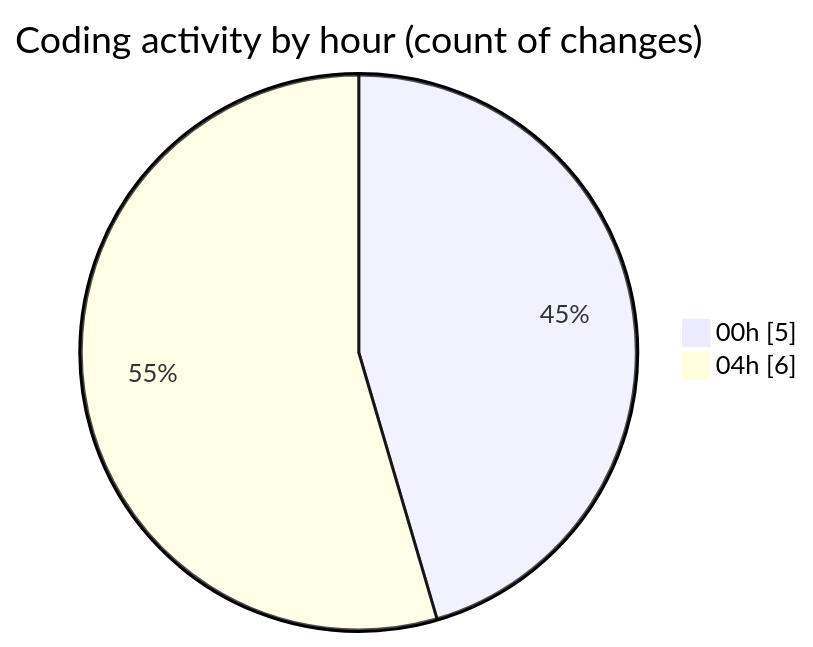
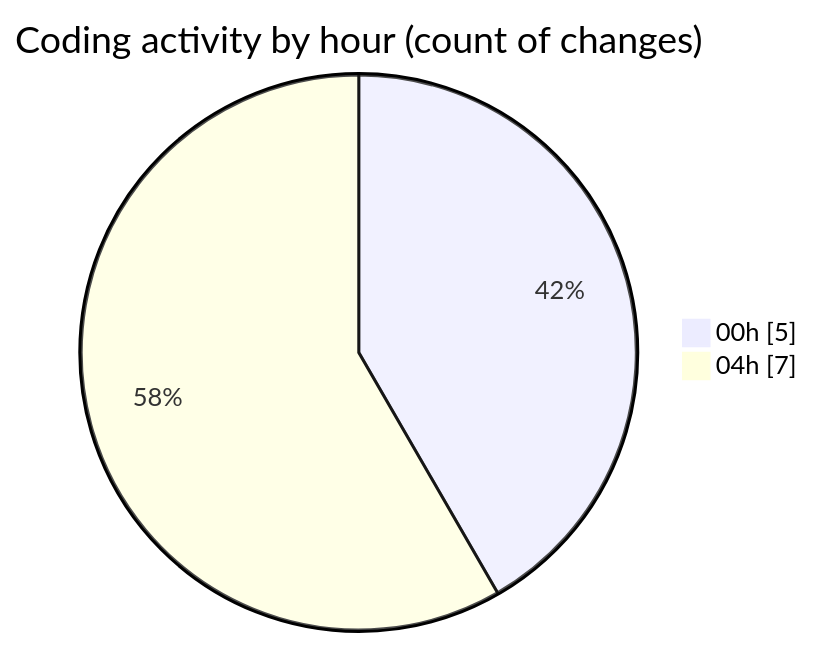
Before and after one commit to idhammustaqopulfikri/code-tracking: the second of 2 diagrams in 2025-03-28/autodidak/README.md, drawn with Mermaid. The commit also changed other lines of this file and 1 other file, not shown here.

````diff
--- a/2025-03-28/autodidak/README.md
+++ b/2025-03-28/autodidak/README.md
@@ -32,6 +32,6 @@
 ```mermaid
 pie showData
 title Coding activity by hour (count of changes)
 "00h" : 5
-"04h" : 6
+"04h" : 7
 ```
````
